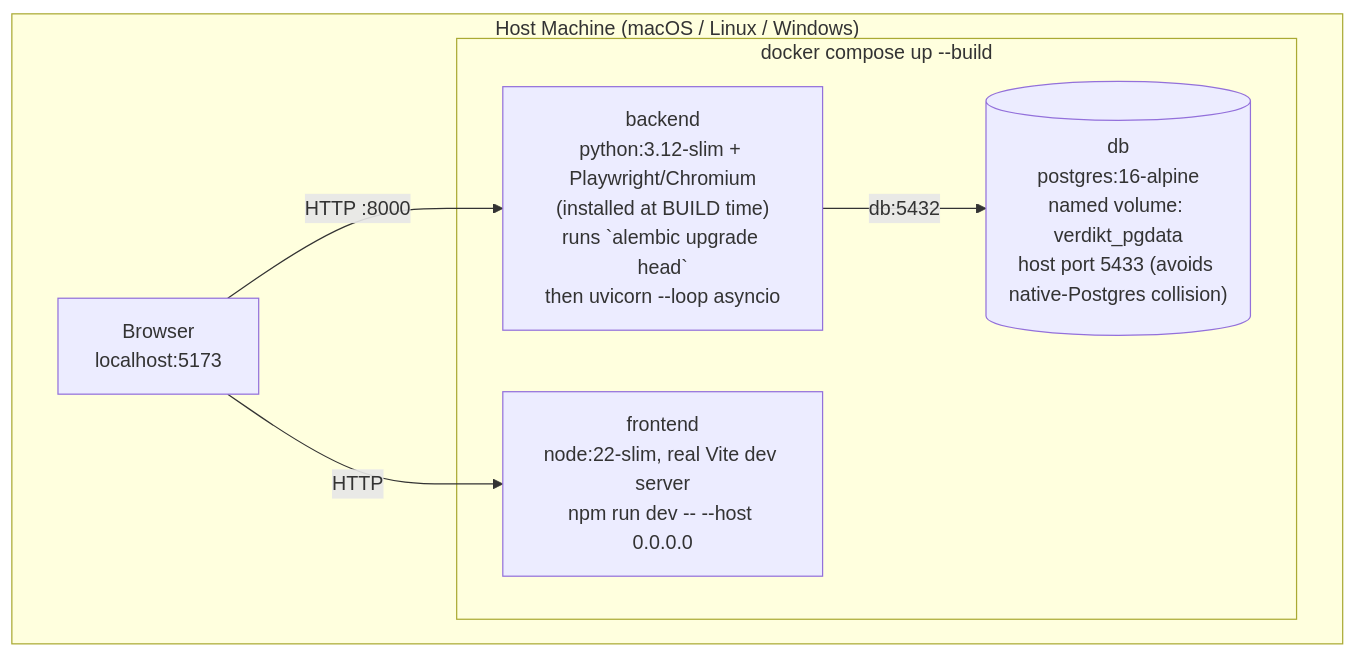
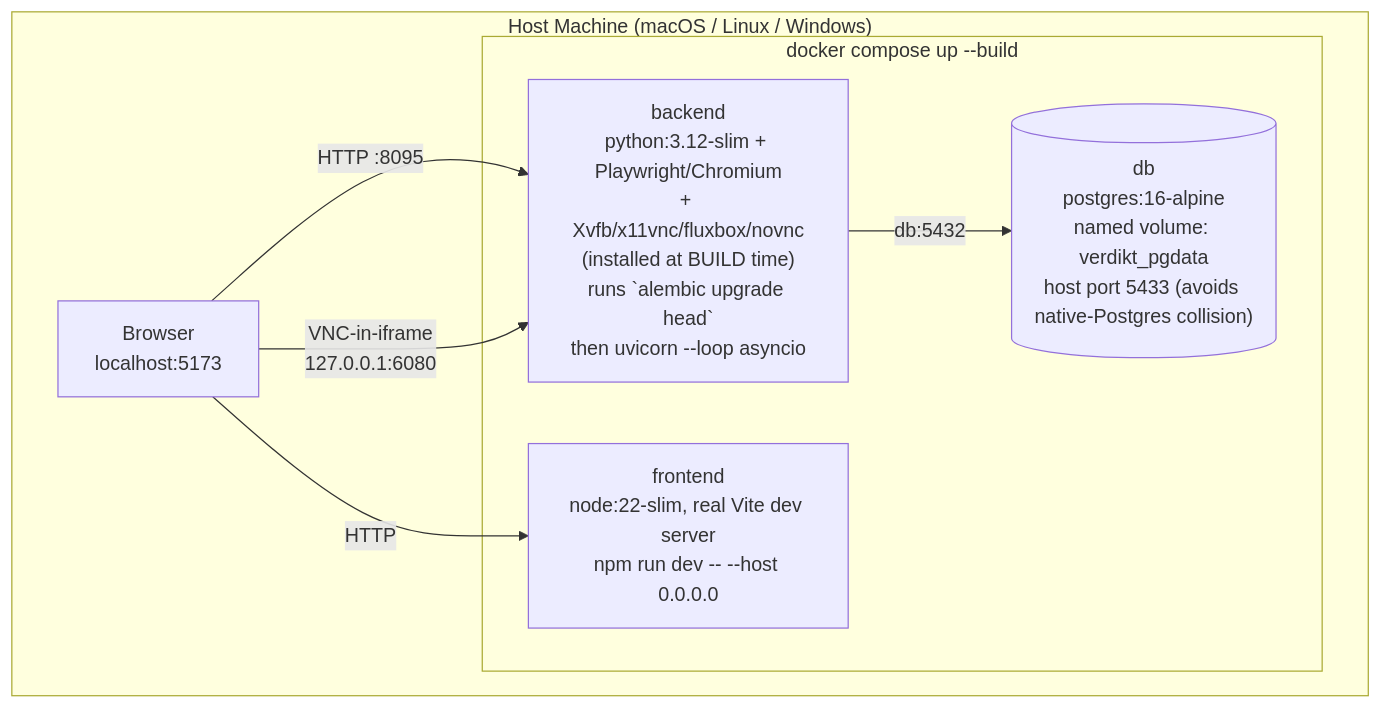
One commit to mudigondabhanu85/verdikt changed the sixth of 6 diagrams in docs/architecture-overview/Verdikt_Architecture_Document.md. Above: the diagram before and after it, drawn with Mermaid. The commit also changed other lines of this file and 8 other files, not shown here.

````diff
--- a/docs/architecture-overview/Verdikt_Architecture_Document.md
+++ b/docs/architecture-overview/Verdikt_Architecture_Document.md
@@ -605,14 +649,15 @@
 ```mermaid
 flowchart TB
     subgraph Host["Host Machine (macOS / Linux / Windows)"]
         subgraph Compose["docker compose up --build"]
             DB[("db<br/>postgres:16-alpine<br/>named volume: verdikt_pgdata<br/>host port 5433 (avoids native-Postgres collision)")]
-            BE["backend<br/>python:3.12-slim + Playwright/Chromium<br/>(installed at BUILD time)<br/>runs `alembic upgrade head`<br/>then uvicorn --loop asyncio"]
+            BE["backend<br/>python:3.12-slim + Playwright/Chromium<br/>+ Xvfb/x11vnc/fluxbox/novnc<br/>(installed at BUILD time)<br/>runs `alembic upgrade head`<br/>then uvicorn --loop asyncio"]
             FEC["frontend<br/>node:22-slim, real Vite dev server<br/>npm run dev -- --host 0.0.0.0"]
         end
         Browser["Browser<br/>localhost:5173"]
     end
     BE -->|"db:5432"| DB
     Browser -->|"HTTP"| FEC
-    Browser -->|"HTTP :8000"| BE
+    Browser -->|"HTTP :8095"| BE
+    Browser -->|"VNC-in-iframe<br/>127.0.0.1:6080"| BE
 ```
````
